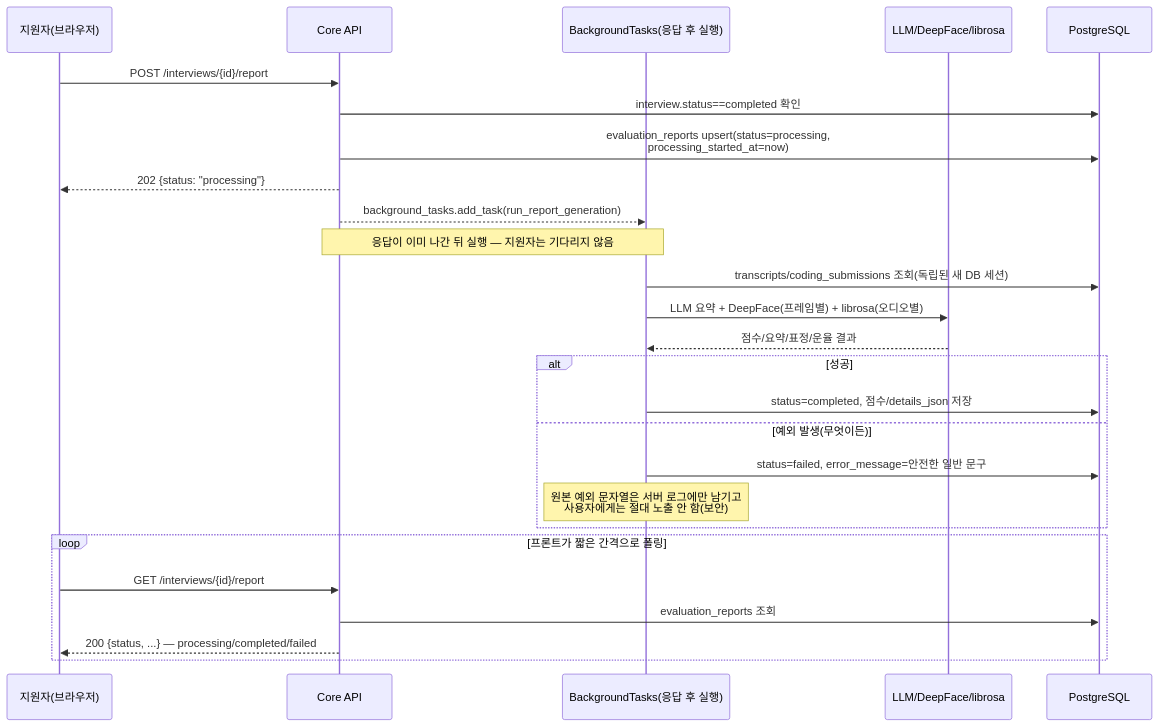
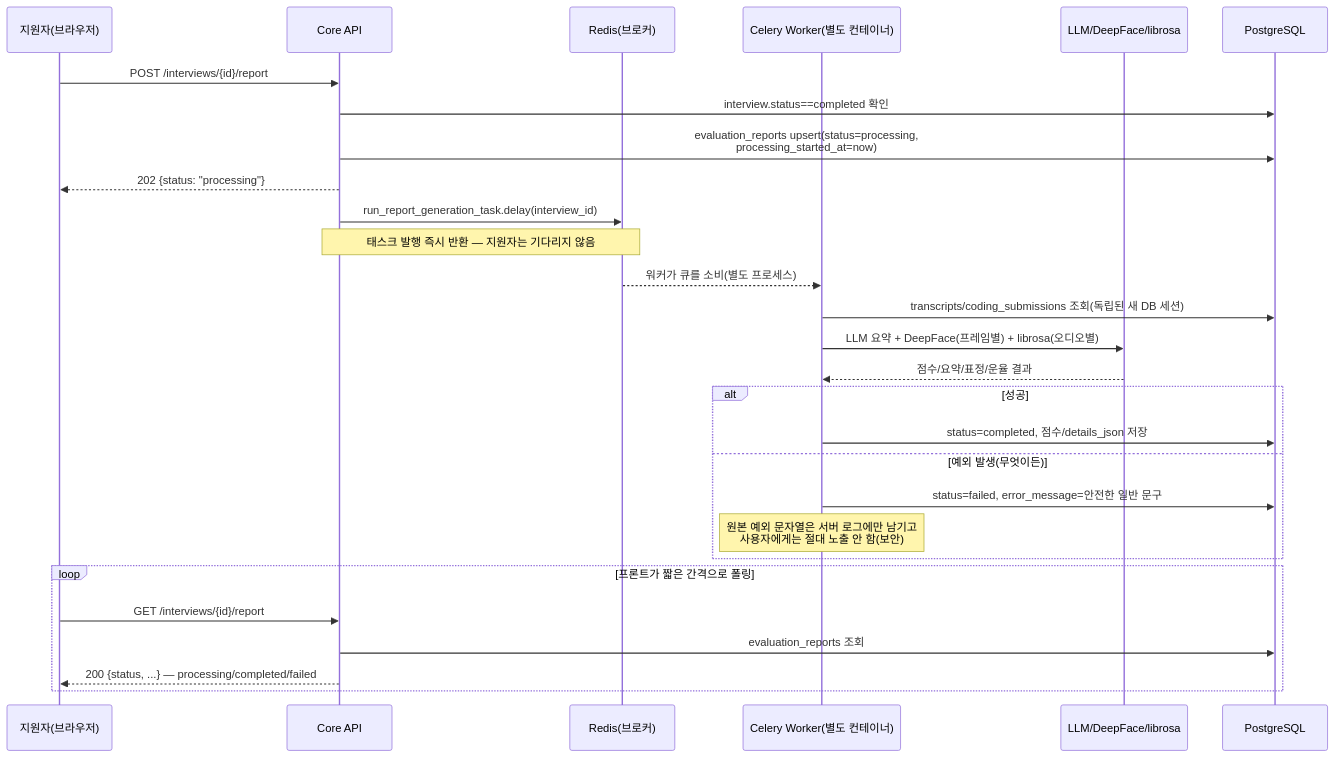
The second of 3 diagrams in docs/trd/aimock_u4_trd.md (jcs19752510-ui/final-project), drawn with Mermaid before and after one commit. The commit also changed other lines of this file and 69 other files, not shown here.

````diff
--- a/docs/trd/aimock_u4_trd.md
+++ b/docs/trd/aimock_u4_trd.md
@@ -66,30 +74,32 @@
 ```mermaid
 sequenceDiagram
     participant C as 지원자(브라우저)
     participant API as Core API
-    participant BG as BackgroundTasks(응답 후 실행)
+    participant R as Redis(브로커)
+    participant W as Celery Worker(별도 컨테이너)
     participant AI as LLM/DeepFace/librosa
     participant DB as PostgreSQL
 
     C->>API: POST /interviews/{id}/report
     API->>DB: interview.status==completed 확인
     API->>DB: evaluation_reports upsert(status=processing,<br/>processing_started_at=now)
     API-->>C: 202 {status: "processing"}
-    API-->>BG: background_tasks.add_task(run_report_generation)
-    Note over API,BG: 응답이 이미 나간 뒤 실행 — 지원자는 기다리지 않음
-    BG->>DB: transcripts/coding_submissions 조회(독립된 새 DB 세션)
-    BG->>AI: LLM 요약 + DeepFace(프레임별) + librosa(오디오별)
-    AI-->>BG: 점수/요약/표정/운율 결과
+    API->>R: run_report_generation_task.delay(interview_id)
+    Note over API,R: 태스크 발행 즉시 반환 — 지원자는 기다리지 않음
+    R-->>W: 워커가 큐를 소비(별도 프로세스)
+    W->>DB: transcripts/coding_submissions 조회(독립된 새 DB 세션)
+    W->>AI: LLM 요약 + DeepFace(프레임별) + librosa(오디오별)
+    AI-->>W: 점수/요약/표정/운율 결과
     alt 성공
-        BG->>DB: status=completed, 점수/details_json 저장
+        W->>DB: status=completed, 점수/details_json 저장
     else 예외 발생(무엇이든)
-        BG->>DB: status=failed, error_message=안전한 일반 문구
-        Note over BG: 원본 예외 문자열은 서버 로그에만 남기고<br/>사용자에게는 절대 노출 안 함(보안)
+        W->>DB: status=failed, error_message=안전한 일반 문구
+        Note over W: 원본 예외 문자열은 서버 로그에만 남기고<br/>사용자에게는 절대 노출 안 함(보안)
     end
 
     loop 프론트가 짧은 간격으로 폴링
         C->>API: GET /interviews/{id}/report
         API->>DB: evaluation_reports 조회
         API-->>C: 200 {status, ...} — processing/completed/failed
     end
 ```
````
